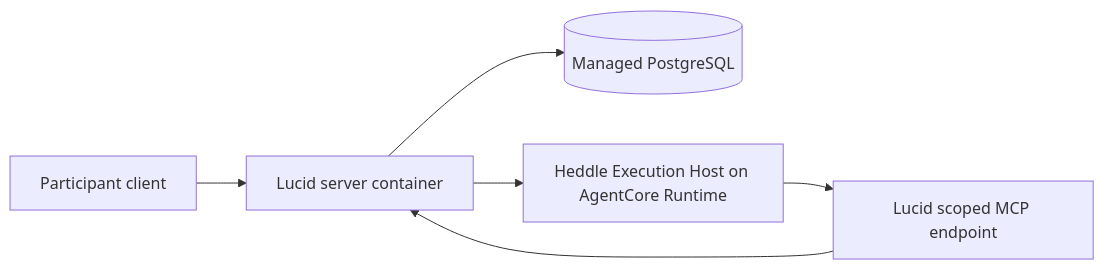
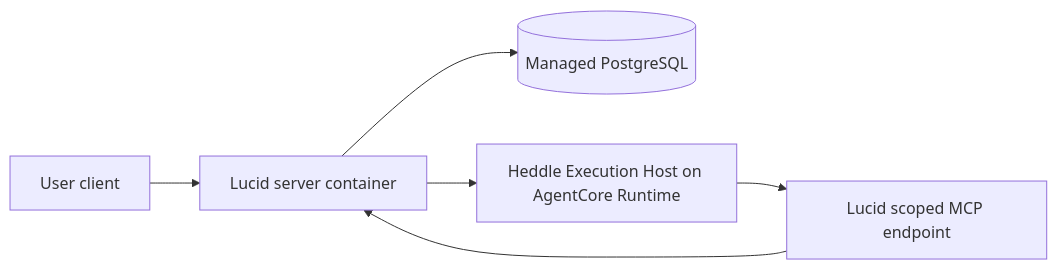
Before and after one commit to roackb2/lucid: the diagram in docs/deploying.md, drawn with Mermaid. The commit also changed other lines of this file and 117 other files, not shown here.

````diff
--- a/docs/deploying.md
+++ b/docs/deploying.md
@@ -14,8 +14,8 @@
 ```mermaid
 flowchart LR
-  Client["Participant client"] --> Server["Lucid server container"]
+  Client["User client"] --> Server["Lucid server container"]
   Server --> Postgres[("Managed PostgreSQL")]
   Server --> AgentCore["Heddle Execution Host on AgentCore Runtime"]
   AgentCore --> MCP["Lucid scoped MCP endpoint"]
   MCP --> Server
 ```
````
